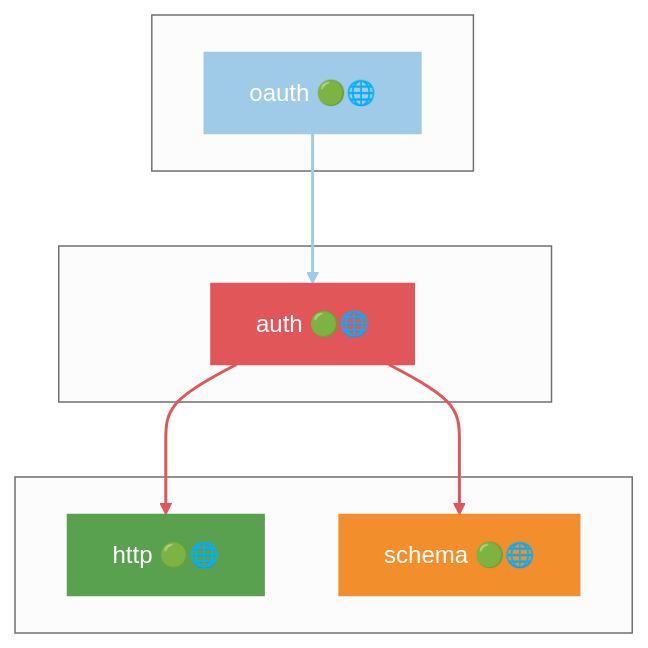
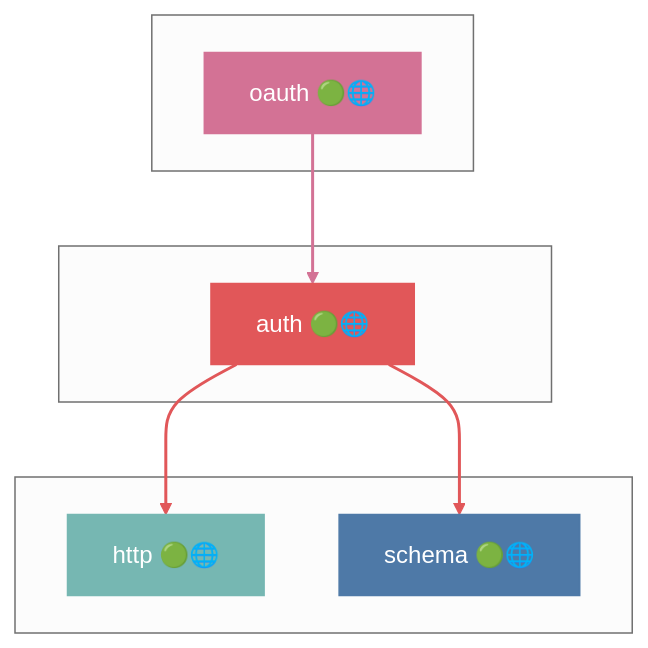
Before and after one commit to grest-ts/grest-ts: the fourth of 49 diagrams in docs/DEPENDENCIES.md, drawn with Mermaid (neutral theme). The commit also changed other lines of this file and 8 other files, not shown here.

````diff
--- a/docs/DEPENDENCIES.md
+++ b/docs/DEPENDENCIES.md
@@ -557,23 +551,23 @@
 ```mermaid
 flowchart TB
     subgraph Dependents[" "]
         oauth["oauth 🟢🌐"]
     end
     subgraph Package[" "]
         auth["auth 🟢🌐"]
     end
     subgraph Dependencies[" "]
         http["http 🟢🌐"]
         schema["schema 🟢🌐"]
     end
     oauth --> auth
     auth --> http
     auth --> schema
     style auth fill:#E15759,stroke:#E15759,color:#fff
-    style oauth fill:#A0CBE8,stroke:#A0CBE8,color:#fff
-    style http fill:#59A14F,stroke:#59A14F,color:#fff
-    style schema fill:#F28E2B,stroke:#F28E2B,color:#fff
-    linkStyle 0 stroke:#A0CBE8,stroke-width:2px
+    style oauth fill:#D37295,stroke:#D37295,color:#fff
+    style http fill:#76B7B2,stroke:#76B7B2,color:#fff
+    style schema fill:#4E79A7,stroke:#4E79A7,color:#fff
+    linkStyle 0 stroke:#D37295,stroke-width:2px
     linkStyle 1 stroke:#E15759,stroke-width:2px
     linkStyle 2 stroke:#E15759,stroke-width:2px
 ```
````
